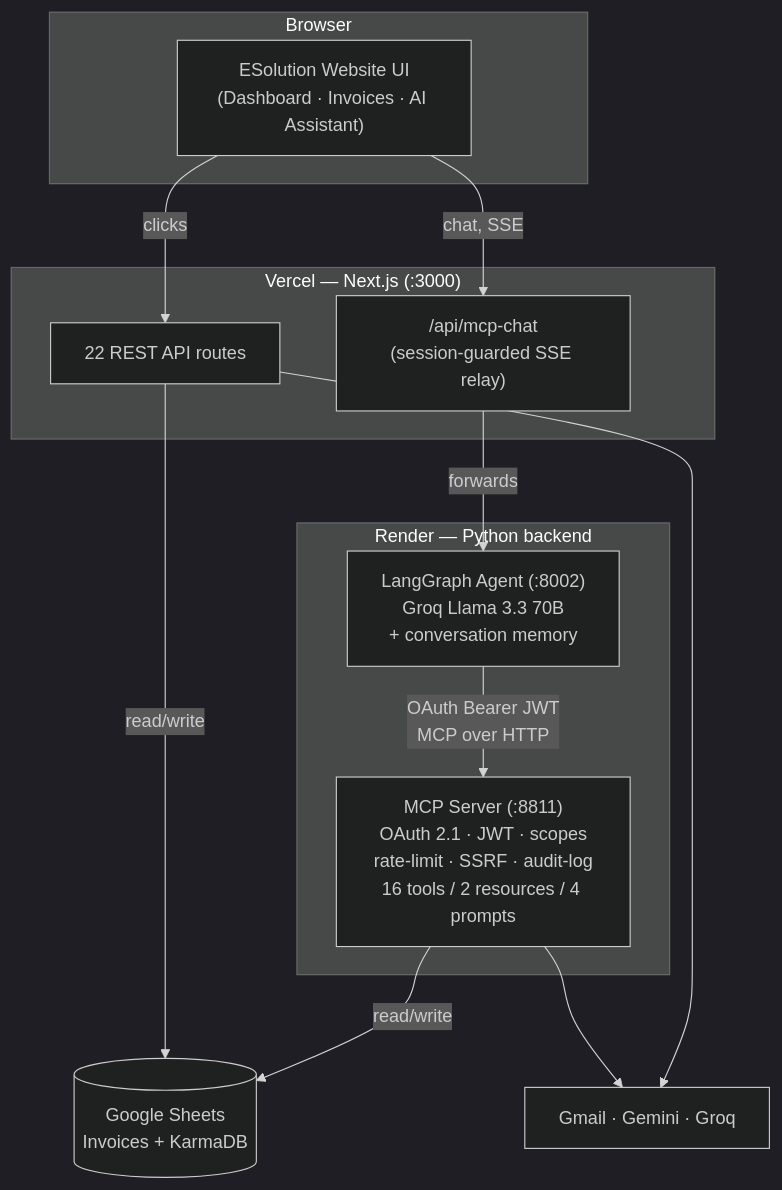
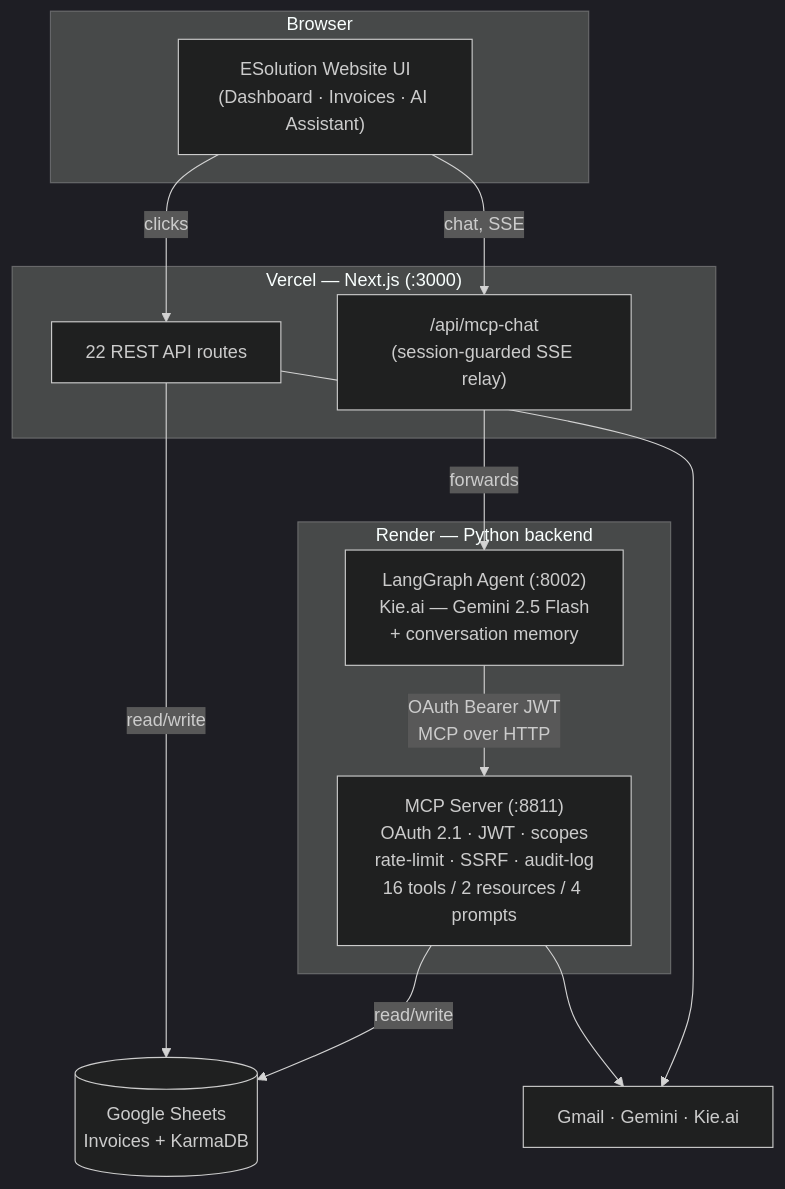
The first of 2 diagrams in README.md (Eeshan842004/esolution-invoice-ai), drawn with Mermaid (dark theme) before and after one commit. The commit also changed other lines of this file and 20 other files, not shown here.

````diff
--- a/README.md
+++ b/README.md
@@ -43,28 +43,28 @@
 ```mermaid
 flowchart TD
     subgraph Browser
         UI["ESolution Website UI<br/>(Dashboard · Invoices · AI Assistant)"]
     end
 
     subgraph Vercel["Vercel — Next.js (:3000)"]
         API["22 REST API routes"]
         RELAY["/api/mcp-chat<br/>(session-guarded SSE relay)"]
     end
 
     subgraph Render["Render — Python backend"]
-        AGENT["LangGraph Agent (:8002)<br/>Groq Llama 3.3 70B<br/>+ conversation memory"]
+        AGENT["LangGraph Agent (:8002)<br/>Kie.ai — Gemini 2.5 Flash<br/>+ conversation memory"]
         MCP["MCP Server (:8811)<br/>OAuth 2.1 · JWT · scopes<br/>rate-limit · SSRF · audit-log<br/>16 tools / 2 resources / 4 prompts"]
     end
 
     SHEET[("Google Sheets<br/>Invoices + KarmaDB")]
-    EXT["Gmail · Gemini · Groq"]
+    EXT["Gmail · Gemini · Kie.ai"]
 
     UI -->|clicks| API
     UI -->|chat, SSE| RELAY
     RELAY -->|forwards| AGENT
     AGENT -->|OAuth Bearer JWT<br/>MCP over HTTP| MCP
     API -->|read/write| SHEET
     MCP -->|read/write| SHEET
     MCP --> EXT
     API --> EXT
 ```
````
